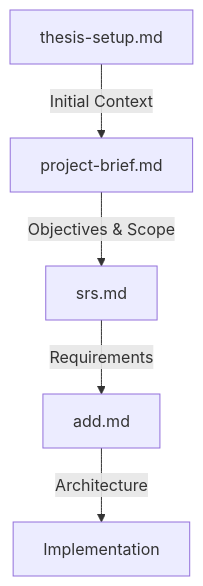
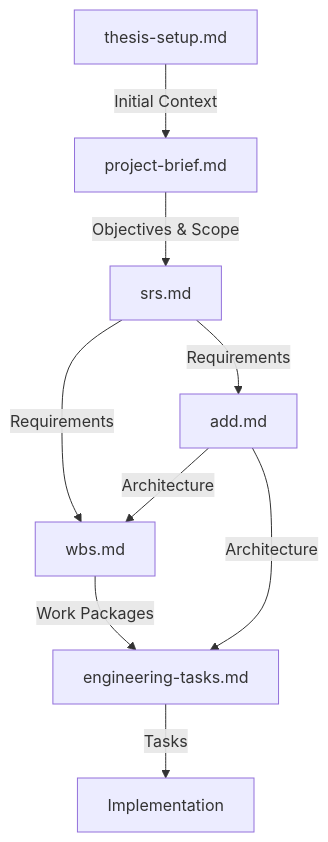
The diagram in docs/README.md (zlendo1/iot-fuzzy-llm-hybrid-control), drawn with Mermaid before and after one commit. The commit also changed other lines of this file and 1 other file, not shown here.

Commit message:
docs: added engineering tasks

````diff
--- a/docs/README.md
+++ b/docs/README.md
@@ -121,7 +149,11 @@
 ```mermaid
 graph TD
     A[thesis-setup.md] -->|Initial Context| B[project-brief.md]
     B -->|Objectives & Scope| C[srs.md]
     C -->|Requirements| D[add.md]
-    D -->|Architecture| E[Implementation]
+    C -->|Requirements| E[wbs.md]
+    D -->|Architecture| E
+    E -->|Work Packages| F[engineering-tasks.md]
+    D -->|Architecture| F
+    F -->|Tasks| G[Implementation]
 ```
````
